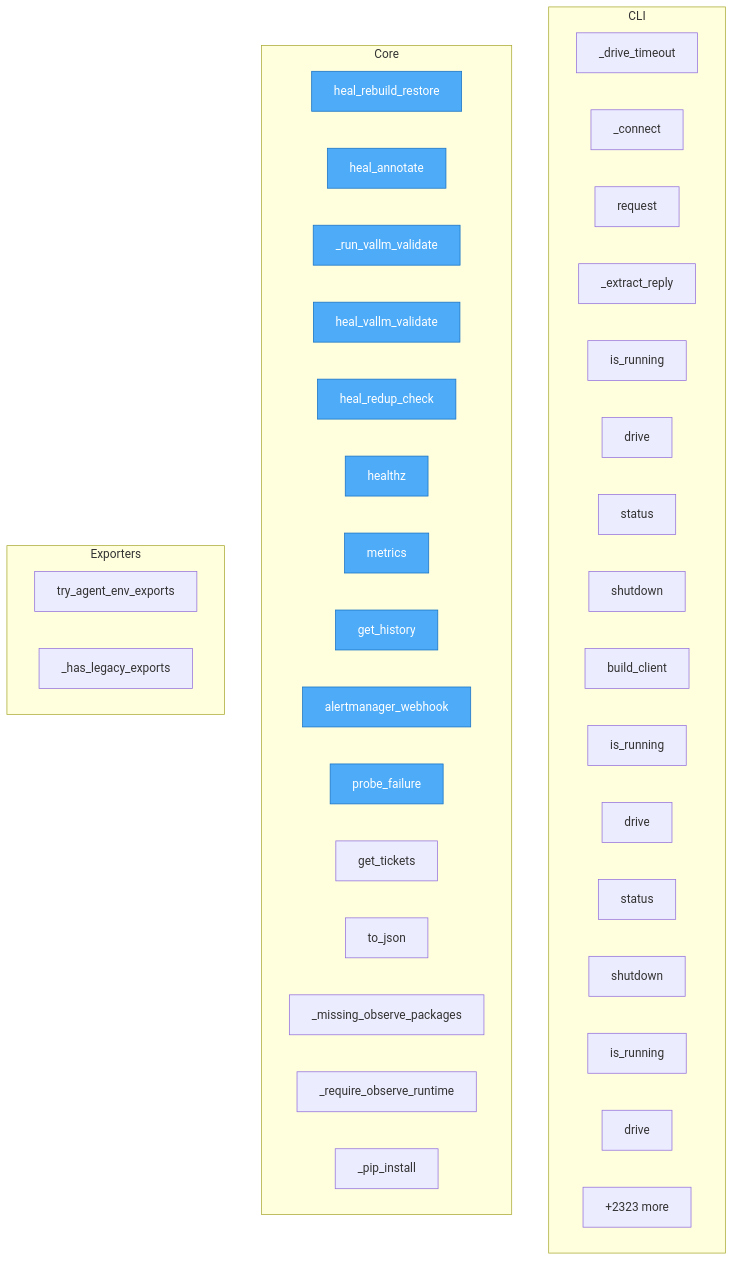
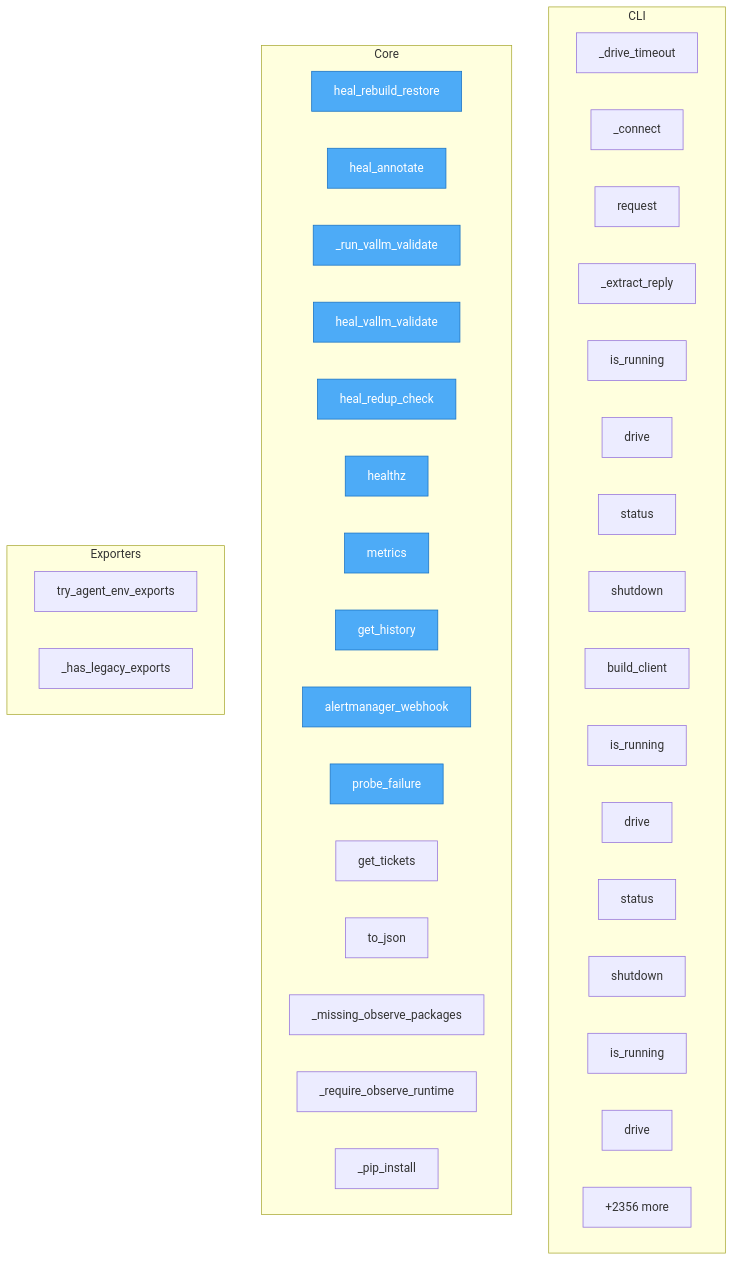
Before and after one commit to semcod/koru: the diagram in project/flow.mmd, drawn with Mermaid. The commit also changed 87 other files, not shown here.

```diff
--- a/project/flow.mmd
+++ b/project/flow.mmd
@@ -1,50 +1,50 @@
 flowchart TD
-%% generated in 0.17s
+%% generated in 0.16s
 
     %% Entry points (blue)
     classDef entry fill:#4dabf7,stroke:#1971c2,color:#fff
 
     subgraph CLI
         koruide__client__KoruIDEClient___drive_timeout["_drive_timeout"]
         koruide__client__KoruIDEClient___connect["_connect"]
         koruide__client__KoruIDEClient__request["request"]
         koruide__client__KoruIDEClient___extract_reply["_extract_reply"]
         koruide__client__KoruIDEClient__is_running["is_running"]
         koruide__client__KoruIDEClient__drive["drive"]
         koruide__client__KoruIDEClient__status["status"]
         koruide__client__KoruIDEClient__shutdown["shutdown"]
         koruide__client__build_client["build_client"]
         koru__ide_client__IDEControlClient__is_running["is_running"]
         koru__ide_client__IDEControlClient__drive["drive"]
         koru__ide_client__IDEControlClient__status["status"]
         koru__ide_client__IDEControlClient__shutdown["shutdown"]
         koru__ide_client__LegacyAutopilotClientAdapter__is_running["is_running"]
         koru__ide_client__LegacyAutopilotClientAdapter__drive["drive"]
         ...["+6 more"]
     end
 
     subgraph Core
         services__healing_webhook__app__heal_rebuild_restore["heal_rebuild_restore"]
         services__healing_webhook__app__heal_annotate["heal_annotate"]
         services__healing_webhook__app___run_vallm_validate["_run_vallm_validate"]
         services__healing_webhook__app__heal_vallm_validate["heal_vallm_validate"]
         services__healing_webhook__app__heal_redup_check["heal_redup_check"]
         services__healing_webhook__app__healthz["healthz"]
         services__healing_webhook__app__metrics["metrics"]
         services__healing_webhook__app__get_history["get_history"]
         services__healing_webhook__app__alertmanager_webhook["alertmanager_webhook"]
         services__healing_webhook__app__probe_failure["probe_failure"]
         services__healing_webhook__app__get_tickets["get_tickets"]
         src__koruobserve__lifecycle__ObserveProcesses__to_json["to_json"]
         src__koruobserve__cli___missing_observe_packages["_missing_observe_packages"]
         src__koruobserve__cli___require_observe_runtime["_require_observe_runtime"]
         src__koruobserve__cli___pip_install["_pip_install"]
-        ...["+2323 more"]
+        ...["+2356 more"]
     end
 
     subgraph Exporters
         src__koru__agent_cli_helpers__try_agent_env_exports["try_agent_env_exports"]
         src__koru__cli___has_legacy_exports["_has_legacy_exports"]
     end
 
     class services__healing_webhook__app__heal_rebuild_restore,services__healing_webhook__app__heal_annotate,services__healing_webhook__app___run_vallm_validate,services__healing_webhook__app__heal_vallm_validate,services__healing_webhook__app__heal_redup_check,services__healing_webhook__app__healthz,services__healing_webhook__app__metrics,services__healing_webhook__app__get_history,services__healing_webhook__app__alertmanager_webhook,services__healing_webhook__app__probe_failure entry
```
